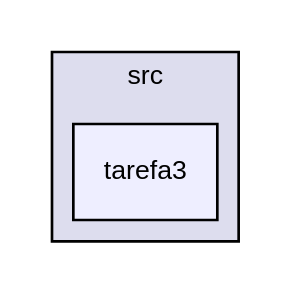
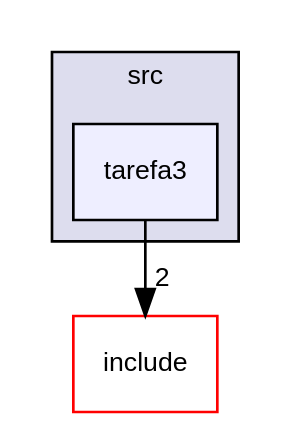
The diagram in doc/dir_6411b01aef34fd18fbfc8a499a7f0c78_dep.dot (EduardoRique/lab6), drawn with Graphviz before and after one commit. The commit also changed 87 other files, not shown here.

```diff
--- a/doc/dir_6411b01aef34fd18fbfc8a499a7f0c78_dep.dot
+++ b/doc/dir_6411b01aef34fd18fbfc8a499a7f0c78_dep.dot
@@ -1,9 +1,11 @@
 digraph "src/tarefa3" {
   compound=true
   node [ fontsize="10", fontname="Helvetica"];
   edge [ labelfontsize="10", labelfontname="Helvetica"];
   subgraph clusterdir_68267d1309a1af8e8297ef4c3efbcdba {
     graph [ bgcolor="#ddddee", pencolor="black", label="src" fontname="Helvetica", fontsize="10", URL="dir_68267d1309a1af8e8297ef4c3efbcdba.html"]
   dir_6411b01aef34fd18fbfc8a499a7f0c78 [shape=box, label="tarefa3", style="filled", fillcolor="#eeeeff", pencolor="black", URL="dir_6411b01aef34fd18fbfc8a499a7f0c78.html"];
   }
+  dir_d44c64559bbebec7f509842c48db8b23 [shape=box label="include" fillcolor="white" style="filled" color="red" URL="dir_d44c64559bbebec7f509842c48db8b23.html"];
+  dir_6411b01aef34fd18fbfc8a499a7f0c78->dir_d44c64559bbebec7f509842c48db8b23 [headlabel="2", labeldistance=1.5 headhref="dir_000007_000000.html"];
 }
```
